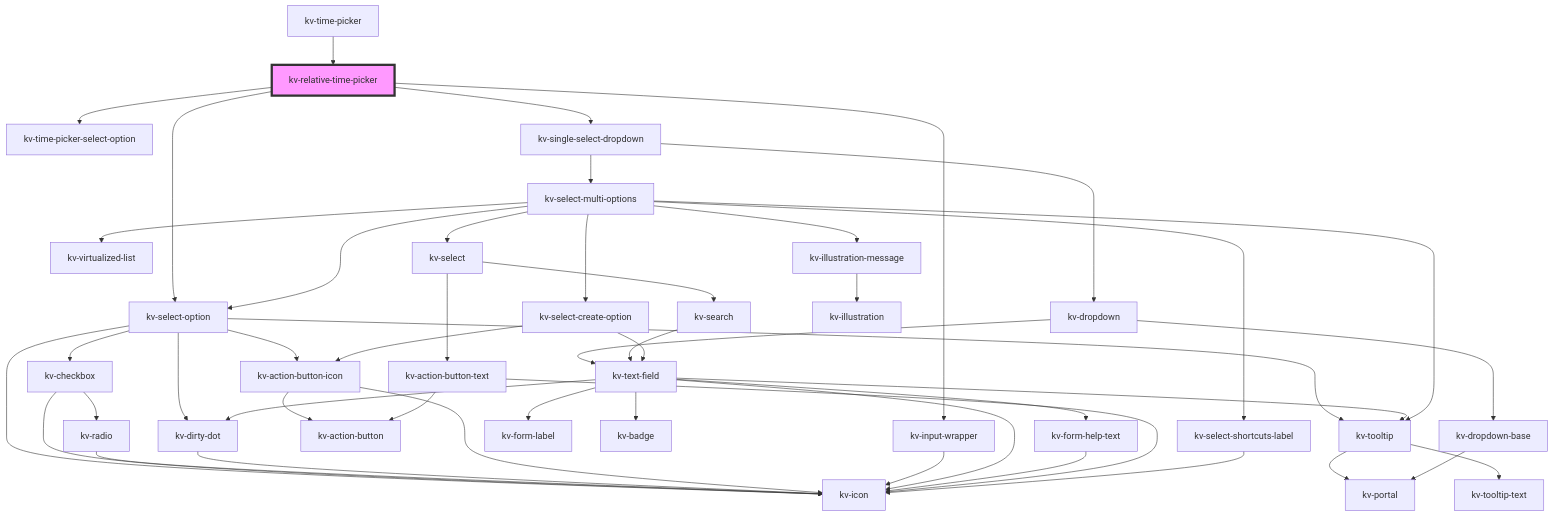
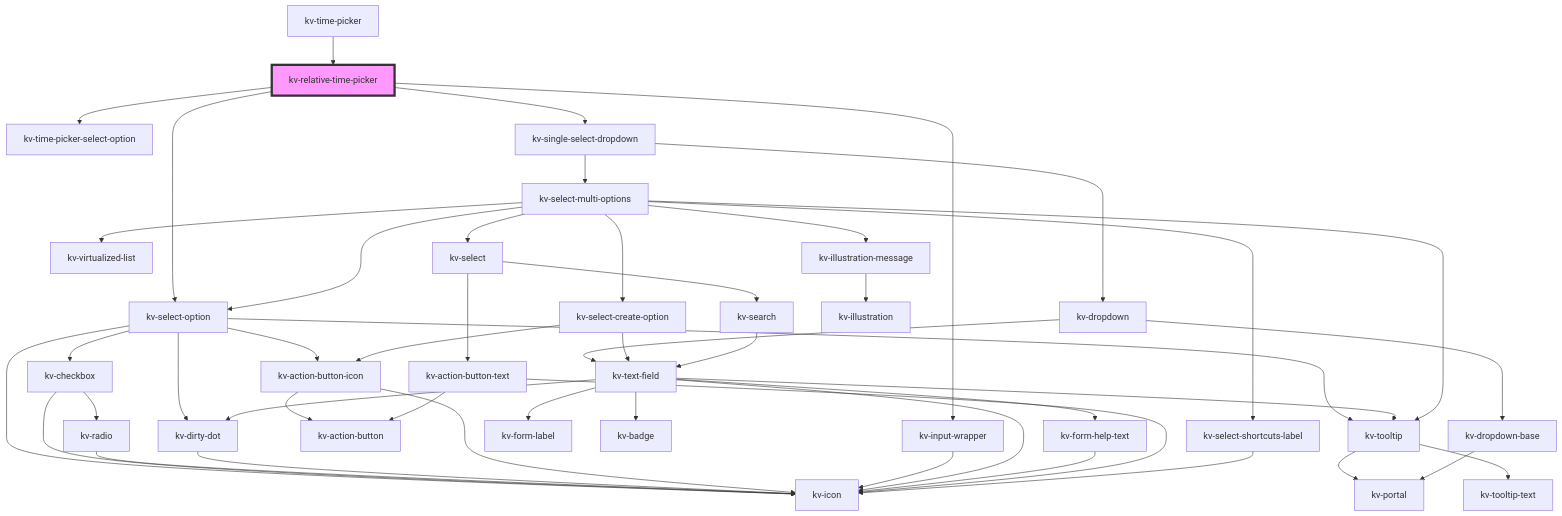
One commit to kelvininc/ui-components changed the diagram in packages/ui-components/src/components/relative-time-picker/readme.md. Above: the diagram before and after it, drawn with Mermaid. The commit also changed other lines of this file and 55 other files, not shown here.

````diff
--- a/packages/ui-components/src/components/relative-time-picker/readme.md
+++ b/packages/ui-components/src/components/relative-time-picker/readme.md
@@ -83,51 +83,51 @@
 ```mermaid
 graph TD;
   kv-relative-time-picker --> kv-time-picker-select-option
   kv-relative-time-picker --> kv-select-option
   kv-relative-time-picker --> kv-input-wrapper
   kv-relative-time-picker --> kv-single-select-dropdown
   kv-select-option --> kv-checkbox
   kv-select-option --> kv-tooltip
   kv-select-option --> kv-icon
   kv-select-option --> kv-dirty-dot
   kv-select-option --> kv-action-button-icon
   kv-checkbox --> kv-radio
   kv-checkbox --> kv-icon
   kv-radio --> kv-icon
   kv-tooltip --> kv-portal
   kv-tooltip --> kv-tooltip-text
   kv-dirty-dot --> kv-icon
   kv-action-button-icon --> kv-action-button
   kv-action-button-icon --> kv-icon
   kv-input-wrapper --> kv-icon
   kv-single-select-dropdown --> kv-dropdown
   kv-single-select-dropdown --> kv-select-multi-options
   kv-dropdown --> kv-dropdown-base
   kv-dropdown --> kv-text-field
   kv-dropdown-base --> kv-portal
   kv-text-field --> kv-tooltip
   kv-text-field --> kv-form-label
   kv-text-field --> kv-icon
   kv-text-field --> kv-dirty-dot
   kv-text-field --> kv-badge
   kv-text-field --> kv-form-help-text
   kv-form-help-text --> kv-icon
+  kv-select-multi-options --> kv-select-create-option
   kv-select-multi-options --> kv-virtualized-list
   kv-select-multi-options --> kv-select-option
   kv-select-multi-options --> kv-select
   kv-select-multi-options --> kv-tooltip
   kv-select-multi-options --> kv-illustration-message
-  kv-select-multi-options --> kv-select-create-option
   kv-select-multi-options --> kv-select-shortcuts-label
+  kv-select-create-option --> kv-text-field
+  kv-select-create-option --> kv-action-button-icon
   kv-select --> kv-search
   kv-select --> kv-action-button-text
   kv-search --> kv-text-field
   kv-action-button-text --> kv-action-button
   kv-action-button-text --> kv-icon
   kv-illustration-message --> kv-illustration
-  kv-select-create-option --> kv-text-field
-  kv-select-create-option --> kv-action-button-icon
   kv-select-shortcuts-label --> kv-icon
   kv-time-picker --> kv-relative-time-picker
   style kv-relative-time-picker fill:#f9f,stroke:#333,stroke-width:4px
 ```
````
